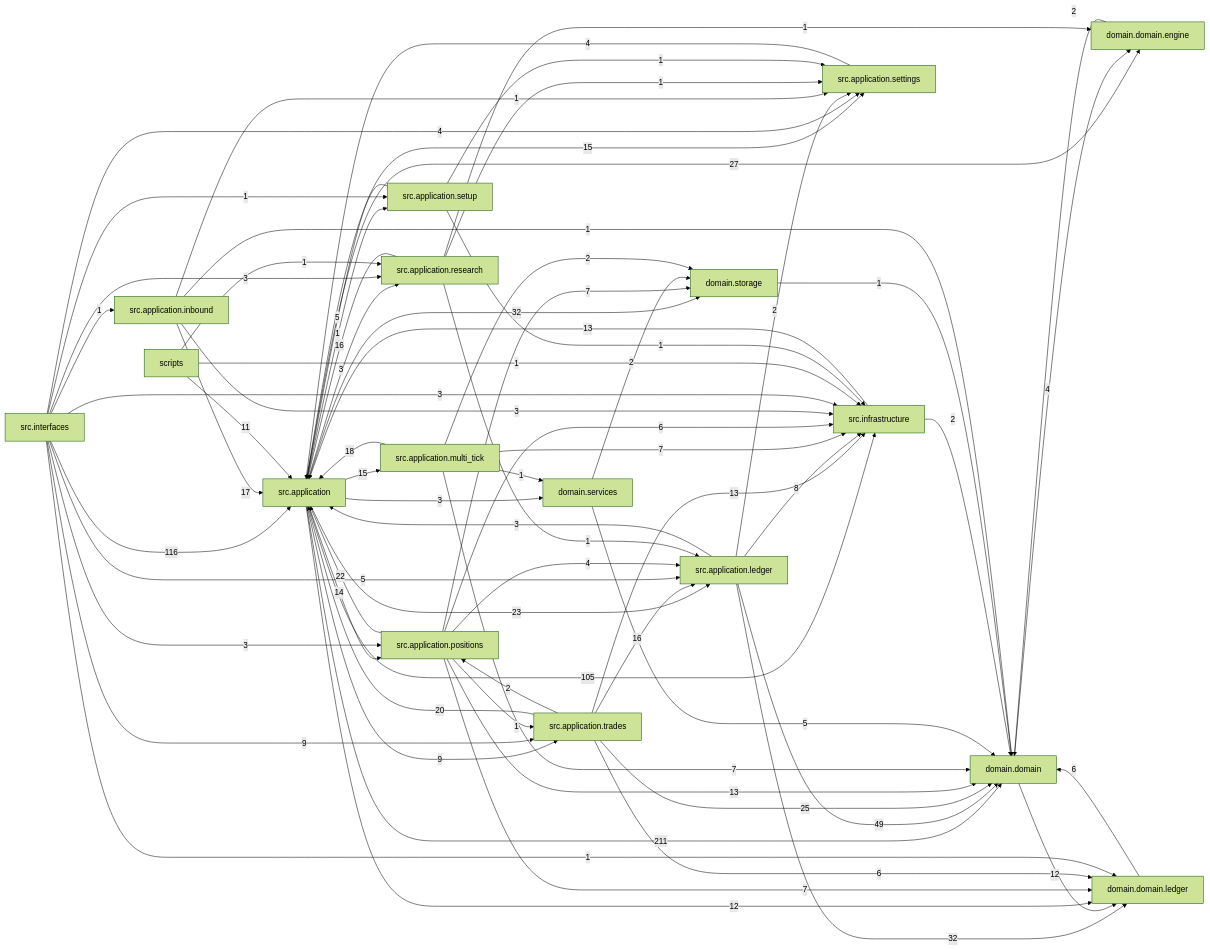
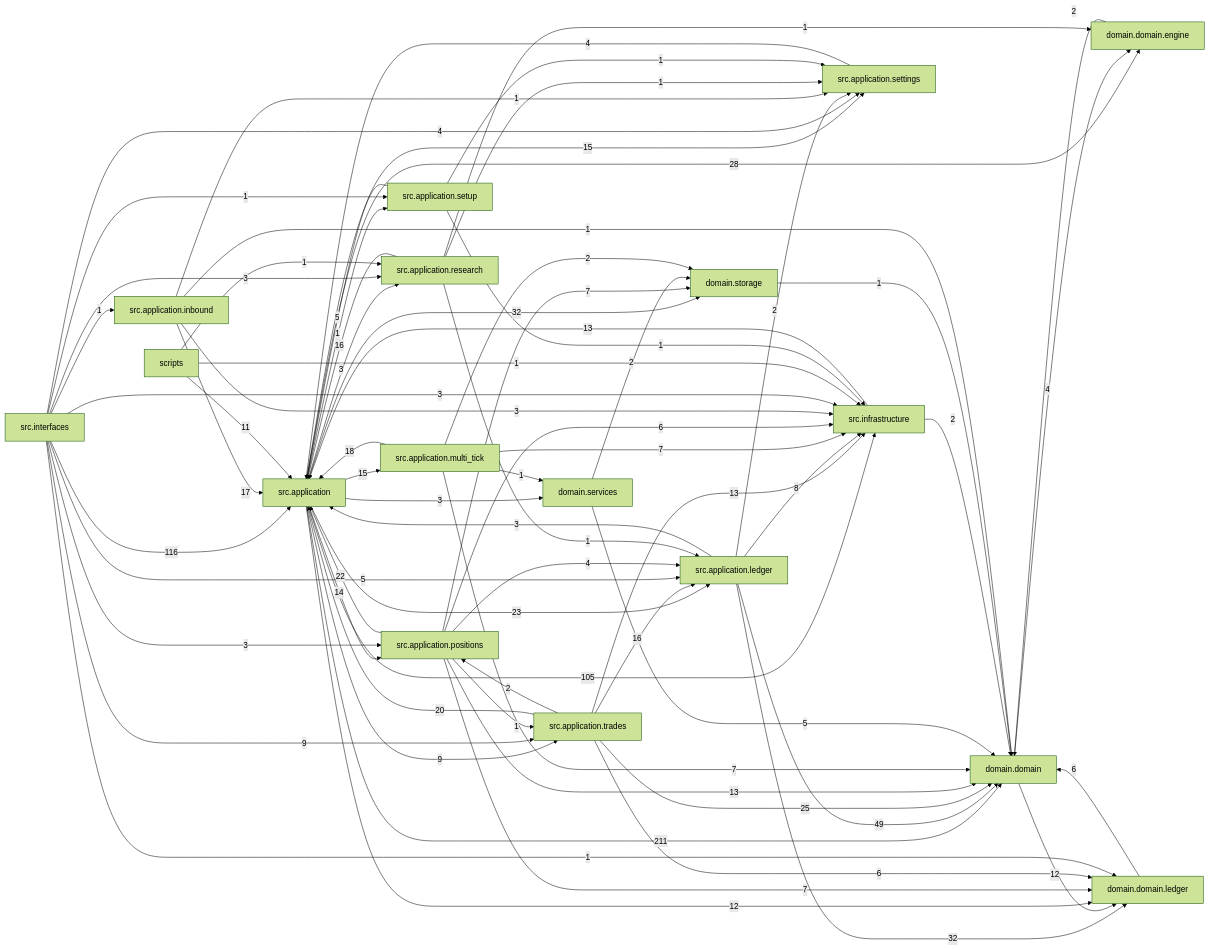
One commit to liuxie066/options-monitor changed the diagram in docs/dependency_graph.mmd. Above: the diagram before and after it, drawn with Mermaid (forest theme). The commit also changed 14 other files, not shown here.

Commit message:
fix(candidate): restore term-matched RV flow

```diff
--- a/docs/dependency_graph.mmd
+++ b/docs/dependency_graph.mmd
@@ -1,71 +1,71 @@
 flowchart LR
   src_application["src.application"] -->|211| domain_domain["domain.domain"]
   src_interfaces["src.interfaces"] -->|116| src_application["src.application"]
   src_application["src.application"] -->|105| src_infrastructure["src.infrastructure"]
   src_application_ledger["src.application.ledger"] -->|49| domain_domain["domain.domain"]
   src_application["src.application"] -->|32| domain_storage["domain.storage"]
   src_application_ledger["src.application.ledger"] -->|32| domain_domain_ledger["domain.domain.ledger"]
-  src_application["src.application"] -->|27| domain_domain_engine["domain.domain.engine"]
+  src_application["src.application"] -->|28| domain_domain_engine["domain.domain.engine"]
   src_application_trades["src.application.trades"] -->|25| domain_domain["domain.domain"]
   src_application["src.application"] -->|23| src_application_ledger["src.application.ledger"]
   src_application_positions["src.application.positions"] -->|22| src_application["src.application"]
   src_application_trades["src.application.trades"] -->|20| src_application["src.application"]
   src_application_multi_tick["src.application.multi_tick"] -->|18| src_application["src.application"]
   src_application_inbound["src.application.inbound"] -->|17| src_application["src.application"]
   src_application_research["src.application.research"] -->|16| src_application["src.application"]
   src_application_trades["src.application.trades"] -->|16| src_application_ledger["src.application.ledger"]
   src_application["src.application"] -->|15| src_application_multi_tick["src.application.multi_tick"]
   src_application["src.application"] -->|15| src_application_settings["src.application.settings"]
   src_application["src.application"] -->|14| src_application_positions["src.application.positions"]
   src_application_positions["src.application.positions"] -->|13| domain_domain["domain.domain"]
   src_application_trades["src.application.trades"] -->|13| src_infrastructure["src.infrastructure"]
   src_infrastructure["src.infrastructure"] -->|13| src_application["src.application"]
   domain_domain["domain.domain"] -->|12| domain_domain_ledger["domain.domain.ledger"]
   src_application["src.application"] -->|12| domain_domain_ledger["domain.domain.ledger"]
   scripts["scripts"] -->|11| src_application["src.application"]
   src_application["src.application"] -->|9| src_application_trades["src.application.trades"]
   src_interfaces["src.interfaces"] -->|9| src_application_trades["src.application.trades"]
   src_application_ledger["src.application.ledger"] -->|8| src_infrastructure["src.infrastructure"]
   src_application_multi_tick["src.application.multi_tick"] -->|7| domain_domain["domain.domain"]
   src_application_multi_tick["src.application.multi_tick"] -->|7| src_infrastructure["src.infrastructure"]
   src_application_positions["src.application.positions"] -->|7| domain_domain_ledger["domain.domain.ledger"]
   src_application_positions["src.application.positions"] -->|7| domain_storage["domain.storage"]
   domain_domain_ledger["domain.domain.ledger"] -->|6| domain_domain["domain.domain"]
   src_application_positions["src.application.positions"] -->|6| src_infrastructure["src.infrastructure"]
   src_application_trades["src.application.trades"] -->|6| domain_domain_ledger["domain.domain.ledger"]
   domain_services["domain.services"] -->|5| domain_domain["domain.domain"]
   src_application_setup["src.application.setup"] -->|5| src_application["src.application"]
   src_interfaces["src.interfaces"] -->|5| src_application_ledger["src.application.ledger"]
   domain_domain["domain.domain"] -->|4| domain_domain_engine["domain.domain.engine"]
   src_application_positions["src.application.positions"] -->|4| src_application_ledger["src.application.ledger"]
   src_application_settings["src.application.settings"] -->|4| src_application["src.application"]
   src_interfaces["src.interfaces"] -->|4| src_application_settings["src.application.settings"]
   src_application["src.application"] -->|3| domain_services["domain.services"]
   src_application["src.application"] -->|3| src_application_research["src.application.research"]
   src_application_inbound["src.application.inbound"] -->|3| src_infrastructure["src.infrastructure"]
   src_application_ledger["src.application.ledger"] -->|3| src_application["src.application"]
   src_interfaces["src.interfaces"] -->|3| src_application_positions["src.application.positions"]
   src_interfaces["src.interfaces"] -->|3| src_application_research["src.application.research"]
   src_interfaces["src.interfaces"] -->|3| src_infrastructure["src.infrastructure"]
   domain_domain_engine["domain.domain.engine"] -->|2| domain_domain["domain.domain"]
   domain_services["domain.services"] -->|2| domain_storage["domain.storage"]
   src_application_ledger["src.application.ledger"] -->|2| src_application_settings["src.application.settings"]
   src_application_multi_tick["src.application.multi_tick"] -->|2| domain_storage["domain.storage"]
   src_application_trades["src.application.trades"] -->|2| src_application_positions["src.application.positions"]
   src_infrastructure["src.infrastructure"] -->|2| domain_domain["domain.domain"]
   domain_storage["domain.storage"] -->|1| domain_domain["domain.domain"]
   scripts["scripts"] -->|1| src_application_research["src.application.research"]
   scripts["scripts"] -->|1| src_infrastructure["src.infrastructure"]
   src_application["src.application"] -->|1| src_application_setup["src.application.setup"]
   src_application_inbound["src.application.inbound"] -->|1| domain_domain["domain.domain"]
   src_application_inbound["src.application.inbound"] -->|1| src_application_settings["src.application.settings"]
   src_application_multi_tick["src.application.multi_tick"] -->|1| domain_services["domain.services"]
   src_application_positions["src.application.positions"] -->|1| src_application_trades["src.application.trades"]
   src_application_research["src.application.research"] -->|1| domain_domain_engine["domain.domain.engine"]
   src_application_research["src.application.research"] -->|1| src_application_ledger["src.application.ledger"]
   src_application_research["src.application.research"] -->|1| src_application_settings["src.application.settings"]
   src_application_setup["src.application.setup"] -->|1| src_application_settings["src.application.settings"]
   src_application_setup["src.application.setup"] -->|1| src_infrastructure["src.infrastructure"]
   src_interfaces["src.interfaces"] -->|1| domain_domain_ledger["domain.domain.ledger"]
   src_interfaces["src.interfaces"] -->|1| src_application_inbound["src.application.inbound"]
   src_interfaces["src.interfaces"] -->|1| src_application_setup["src.application.setup"]
```
